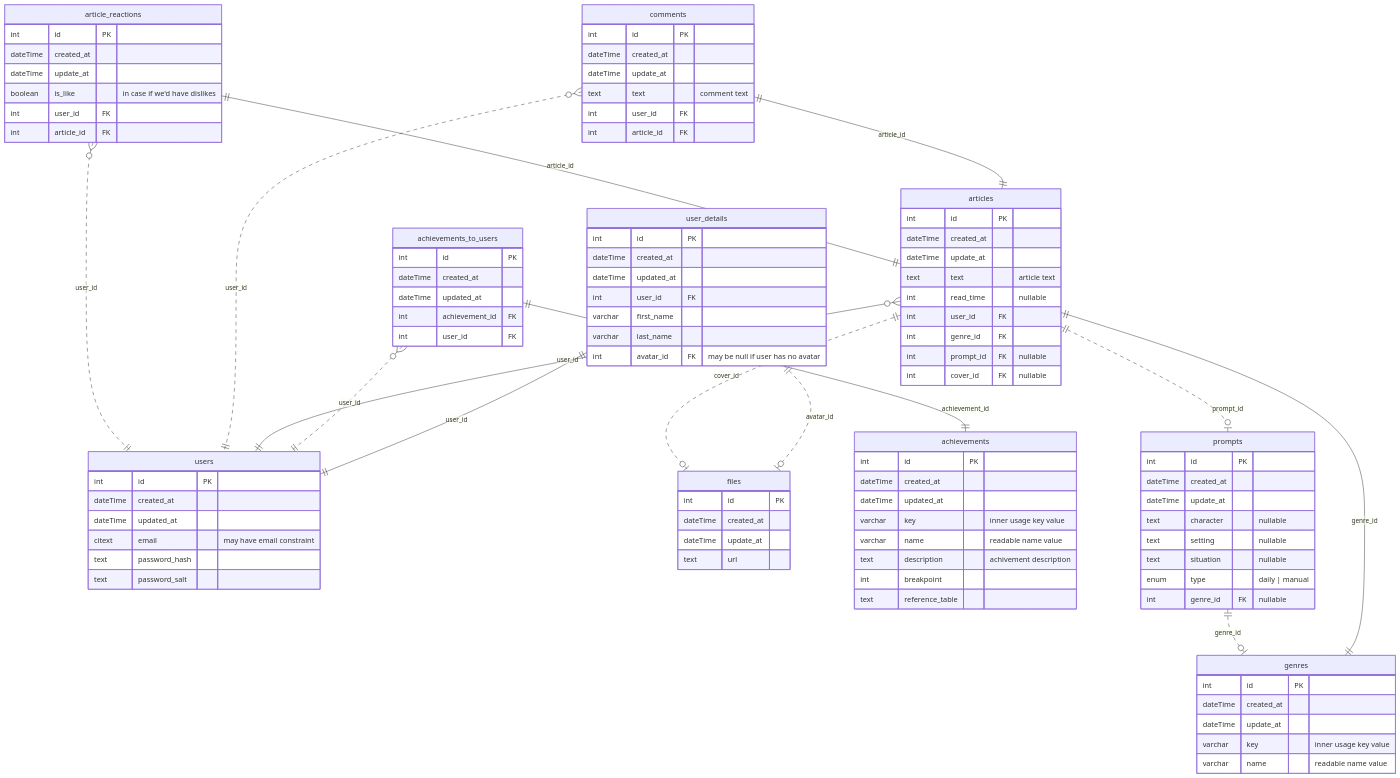
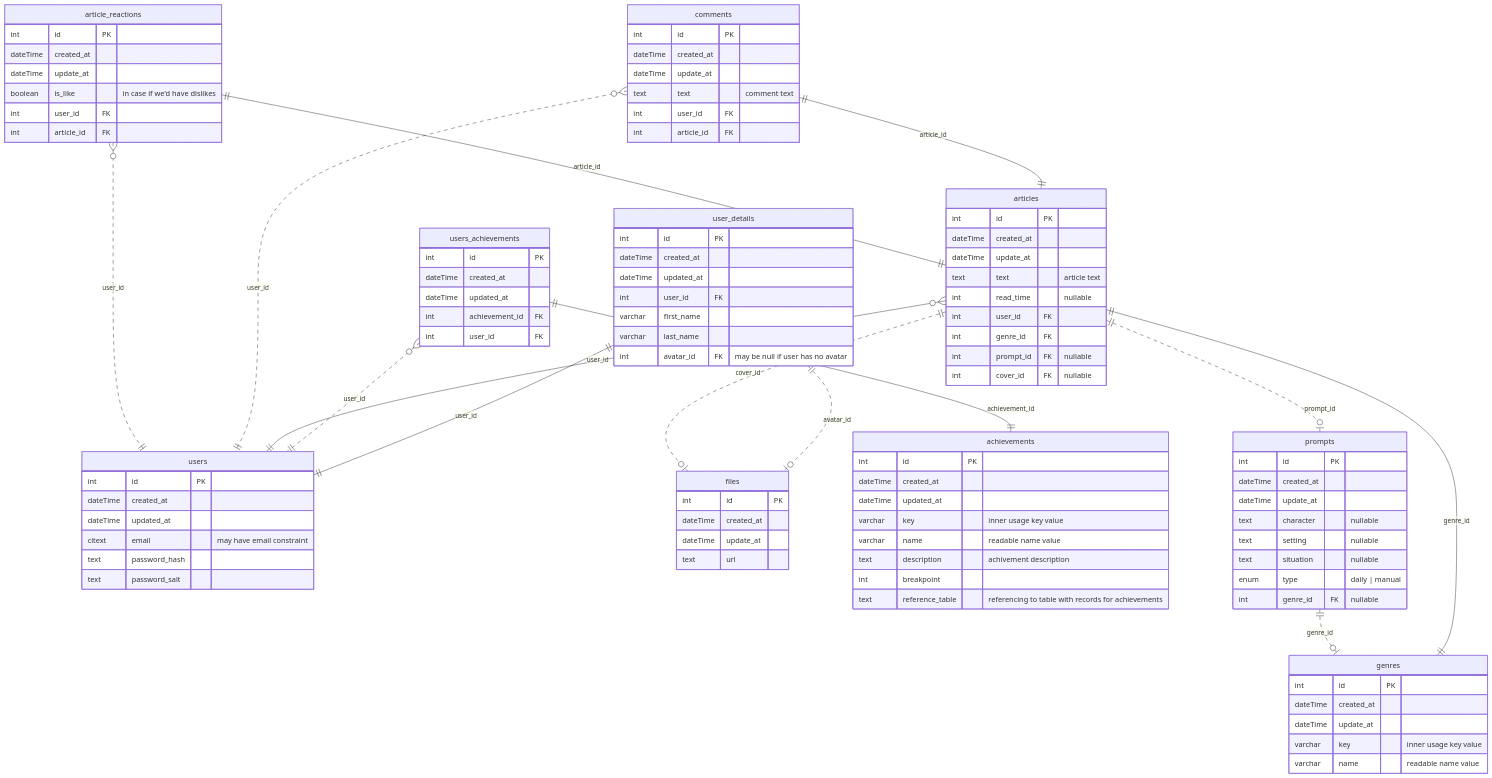
One commit to BinaryStudioAcademy/bsa-2023-writorium changed the diagram in readme.md. Above: the diagram before and after it, drawn with Mermaid.

Commit message:
wr-203: + description for achievements.reference_table, and actual table name in readme.md

```diff
--- a/readme.md
+++ b/readme.md
@@ -90,12 +90,12 @@
     varchar name "readable name value"
     text description "achivement description"
     int breakpoint
-    text reference_table
+    text reference_table "referencing to table with records for achievements"
   }
 
-  achievements_to_users ||--|| achievements : achievement_id
-  achievements_to_users }o..|| users : user_id
-  achievements_to_users {
+  users_achievements ||--|| achievements : achievement_id
+  users_achievements }o..|| users : user_id
+  users_achievements {
     int id PK
     dateTime created_at
     dateTime updated_at
```
